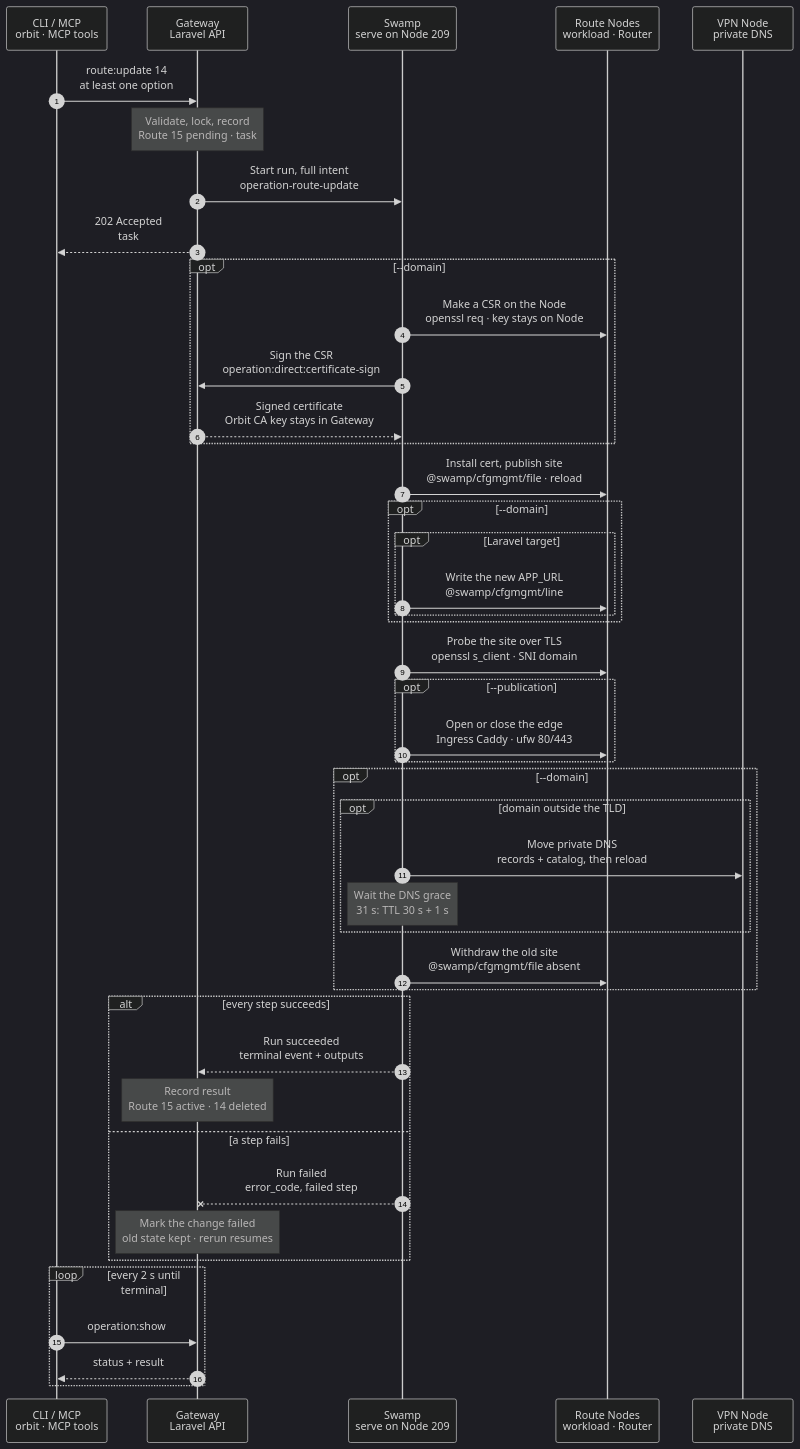
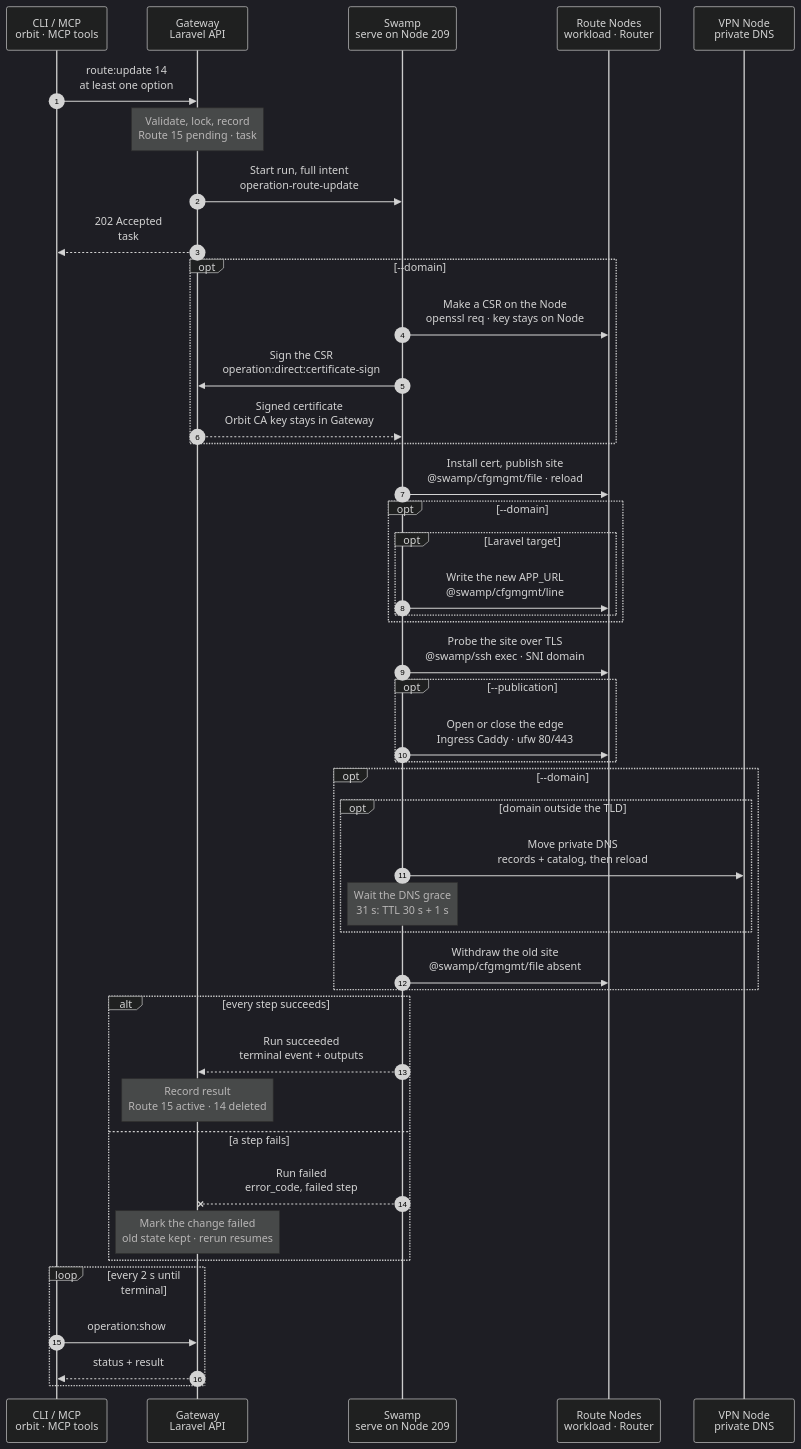
Before and after one commit to hardimpactdev/orbit: the diagram in docs/cli/route/update.mmd, drawn with Mermaid (dark theme). The commit also changed 9 other files, not shown here.

First line of the commit message:
refactor(routes): probe updates through pinned official SSH argv (#2525)

```diff
--- a/docs/cli/route/update.mmd
+++ b/docs/cli/route/update.mmd
@@ -1,158 +1,55 @@
 sequenceDiagram
-  %% Target design: ADR 0244 task, DECISIONS R1-R4, firewall.allow shape, Gateway signs CSRs (root-of-trust), single-swamp-node. docs/cli/route.mdx, docs/reference/routes.md (Change an existing Route).
-  %% Tightened: flow-tighten 2026-11-02, rules 3, 17, 22 (cert install folded into the publish step as in route:create; DNS and its grace only outside the TLD; cfgmgmt file/line).
-  %% Rule 23: 2026-11-03 required-only main path.
+  %% Target design: Nick 2026-11-03, single-swamp-node, rules 14-25.
   %% status: draft
   %% command: route:update
   %% kind: route.update
   autonumber
   %% lane CLI icon=terminal pill=caller tone=gray
   %% lane GW icon=gateway pill=intent tone=blue
   %% lane SW icon=workflow pill=executes tone=green
   %% lane N icon=server pill=target tone=amber
   %% lane V icon=server pill=target tone=purple
   participant CLI as CLI / MCP<br/>orbit · MCP tools
   participant GW as Gateway<br/>Laravel API
   participant SW as Swamp<br/>serve on Node 209
   participant N as Route Nodes<br/>workload · Router
   participant V as VPN Node<br/>private DNS
   CLI->>GW: route:update 14<br/>at least one option
-  %%> Command:
-  %%> - `orbit route:update 14 --domain=shop.example.test`
-  %%> - syntax: `<route> [--domain=DOMAIN] [--publication=private|public] [--web-root=PATH]`
-  %%> Input:
-  %%> - Route 14 and at least one option; without one, the CLI refuses with `route.update_required`
-  %%> Optional, each its own change:
-  %%> - `--domain=shop.example.test`: a replacement Route takes over, so you get a new Route ID
-  %%> - `--publication=private|public`: the public edge opens or closes; the Route ID stays
-  %%> - `--web-root=PATH`: the Caddy site serves another directory; the Route ID stays; it adds no step
-  %%> - `--web-root` goes on its own; `--web-root=` clears it
-  %%> - `--idempotency-key` and `--json` change no step
   Note over GW: Validate, lock, record<br/>Route 15 pending · task #5160
-  %%> Requirements:
-  %%> - your Node has an access grant to Node 7, the Node of the Route's target
-  %%> - Route 14 is an explicit app Route; generated domains change only through `instance:rename`
-  %%> - the new domain is valid, free, and not reserved
-  %%> - no other domain change runs for Route 14 (`route.domain_change_conflict`)
-  %%> - a public Route needs production targets and a serving Ingress
-  %%> Locks:
-  %%> - the projection lock and the environment owner of every target Instance
-  %%> - a busy lock is waited for up to 30 s, then `app-dev.projection_busy`
-  %%> Result:
-  %%> - for a domain change: replacement Route 15 recorded as `pending`, with the same Project, scope, targets and publication
-  %%> - Route 14 stays `active` and is still the only Route that serves
-  %%> - task #5160 recorded with the full intent; nothing has happened on a Node yet
   GW->>SW: Start run, full intent<br/>operation-route-update
-  %%> What it does:
-  %%> - starts one Swamp run on serve (Node 209)
-  %%> Inputs:
-  %%> - the rendered Caddy blocks before and after, per Node
-  %%> - the certificate leaves, LAN tuples, DNS records and probes
-  %%> - the new `APP_URL`; production `.env` material only as vault key names (R3)
-  %%> - each Node's address and SSH host keys; the SSH identity comes from the `swamp` role
   GW-->>CLI: 202 Accepted<br/>task #5160
-  %%> What you get:
-  %%> - the task number, at once
-  %%> Next:
-  %%> - the CLI follows the task with `operation:show`
   opt --domain
     SW->>N: Make a CSR on the Node<br/>openssl req · key stays on Node
-    %%> How:
-    %%> - Swamp reaches Node 7, and the Router for a Cluster Route, over `@swamp/ssh` from 209
-    %%> What it does:
-    %%> - makes a new key and a certificate request for `shop.example.test`, under Route 15's own scope
-    %%> Why its own scope:
-    %%> - the old site keeps its certificate until cleanup, so both names serve during the change
     SW->>GW: Sign the CSR<br/>operation:direct:certificate-sign
-    %%> What it does:
-    %%> - sends the CSRs with task #5160 and the run id
-    %%> Why:
-    %%> - the Orbit CA key stays in the Gateway; signing is the one step that calls the Gateway
     GW-->>SW: Signed certificate<br/>Orbit CA key stays in Gateway
-    %%> Returns:
-    %%> - one public certificate bundle per leaf
   end
   SW->>N: Install cert, publish site<br/>@swamp/cfgmgmt/file · reload
-  %%> What it does:
-  %%> - when the domain changes: writes the new certificate next to its key, owned `root:caddy`, mode 0750, in the same step, as `route:create` does
-  %%> - domain: adds the new site next to the old one
-  %%> - web root: points the site at the new directory, after the web-root access step for a development target
-  %%> - validates the whole Caddyfile, then reloads Caddy; never a restart (rule 7)
-  %%> Refuses:
-  %%> - a validation error; the old Caddyfile stays in place
+  %%> A validation error stops the reload; the written candidate stays for convergence.
   opt --domain
     opt Laravel target
       SW->>N: Write the new APP_URL<br/>@swamp/cfgmgmt/line
-      %%> What it does:
-      %%> - development: sets the `APP_URL=` line in `.env` with `@swamp/cfgmgmt/line`, and refreshes the cached configuration
-      %%> - production: renders the stored environment against the new Route and replaces only the home's `.env`
-      %%> Not included:
-      %%> - Composer, Artisan, deploy or restart commands
     end
   end
-  SW->>N: Probe the site over TLS<br/>openssl s_client · SNI domain
-  %%> What it does:
-  %%> - connects from 209 to the workload, or the Router, on port 443 with the new domain as SNI
-  %%> - requires a chain the Orbit root trusts
-  %%> Why:
-  %%> - nothing moves to the new state before the site serves
+  SW->>N: Probe the site over TLS<br/>@swamp/ssh exec · SNI domain
+  %%> Runs from 209; an HTTP error does not fail the TLS check.
   opt --publication
     SW->>N: Open or close the edge<br/>Ingress Caddy · ufw 80/443
-    %%> What it does:
-    %%> - public: publishes the Ingress site, then opens `orbit:ingress-http` and `orbit:ingress-https`
-    %%> - private: withdraws the Ingress site; closes both rules when no public Route is left in the Cluster
-    %%> Not included:
-    %%> - the public DNS record and Let's Encrypt issuance; Caddy retries issuance on its own
   end
   opt --domain
     opt domain outside the TLD
     SW->>V: Move private DNS<br/>records + catalog, then reload
-    %%> When:
-    %%> - only when the old or new domain is outside the Cluster or Node TLD; private DNS answers the whole TLD, so a name inside it needs no record
-    %%> What it does:
-    %%> - publishes `shop.example.test` and removes `shop.test`
-    %%> - checks the loaded catalog and a DNS reply
-    %%> Cutover:
-    %%> - from here the new domain is the one that serves; a later failure recovers forward
     Note over SW: Wait the DNS grace<br/>31 s: TTL 30 s + 1 s
-    %%> Why:
-    %%> - resolvers that honor the TTL stop asking for the old name before its site leaves
-    %%> How:
-    %%> - a native wait in the run; it holds no Gateway lock
     end
     SW->>N: Withdraw the old site<br/>@swamp/cfgmgmt/file absent
-    %%> What it does:
-    %%> - removes Route 14's site blocks and reloads Caddy
-    %%> - then removes Route 14's certificate scopes and the LAN tuples no other Route needs
   end
   alt every step succeeds
     SW-->>GW: Run succeeded<br/>terminal event + outputs
-    %%> How the Gateway learns it:
-    %%> - its shared run reader sees the terminal event; Swamp never calls the Gateway
     Note over GW: Record result<br/>Route 15 active · 14 deleted
-    %%> Result:
-    %%> - domain: Route 15 becomes `active`; Route 14 is deleted and its domain released
-    %%> - publication or web root: Route 14 keeps its ID and gets the new value
-    %%> - task #5160 succeeds
   else a step fails
     SW--xGW: Run failed<br/>error_code, failed step
-    %%> The Gateway reads:
-    %%> - which step failed, its error code, and whether DNS had moved
     Note over GW: Mark the change failed<br/>old state kept · rerun resumes
-    %%> Result before the DNS move:
-    %%> - Route 15 is marked `failed`; Route 14 stays `active` and unchanged
-    %%> - the new site stays on the Node; it serves no name, so it is harmless
-    %%> Result after the DNS move:
-    %%> - Route 15 serves; Route 14 is `retiring` until a rerun finishes cleanup
-    %%> Retry:
-    %%> - run the same command again; it skips finished steps and continues
-    %%> - to abandon a change that never moved DNS, run `route:destroy 15`
   end
   loop every 2 s until terminal
     CLI->>GW: operation:show #5160
-    %%> What it does:
-    %%> - asks for the task's status every 2 seconds until it has ended
     GW-->>CLI: status + result
-    %%> Returns:
-    %%> - the current status, and the result once the task has ended
   end
```
